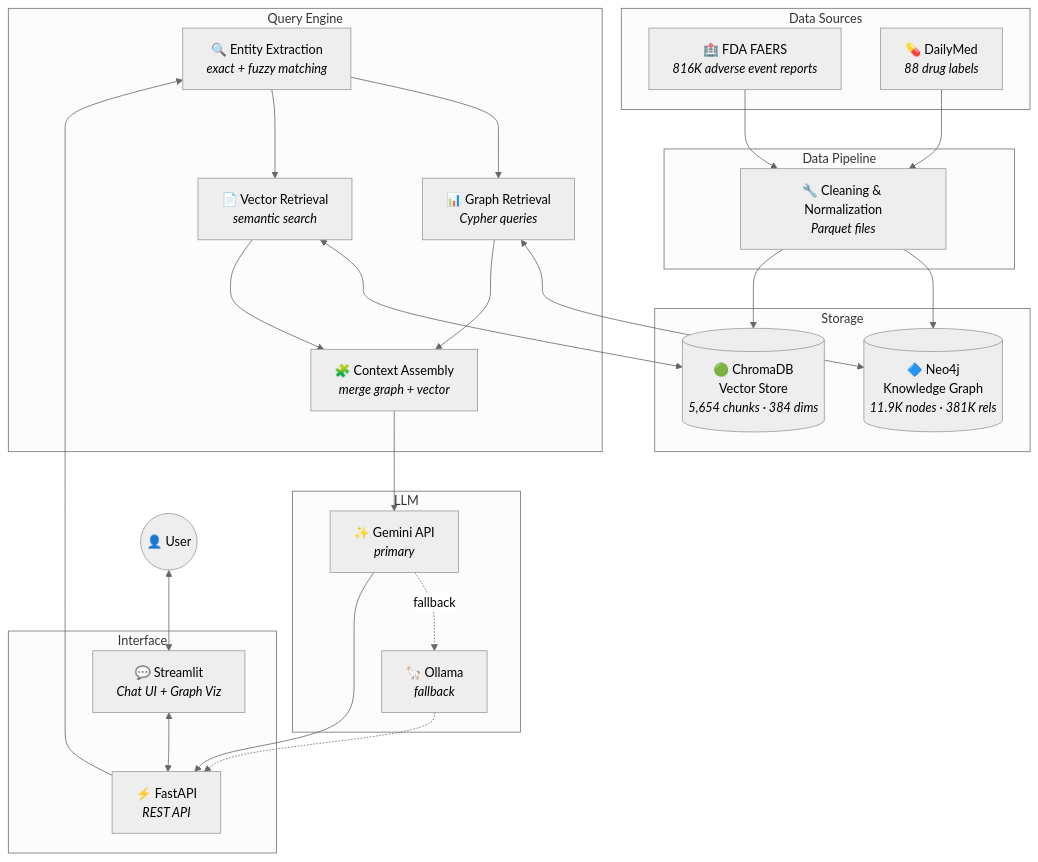
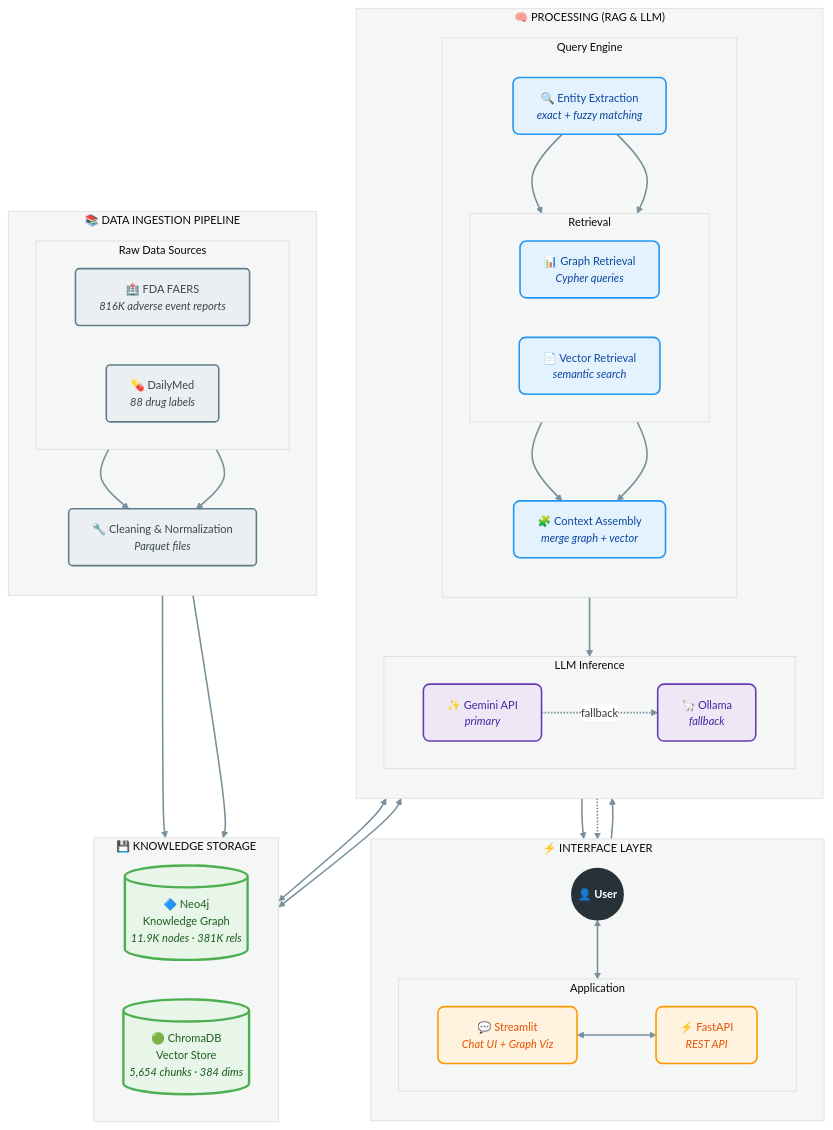
One commit to jmponcebe/PharmaGraphRAG changed the diagram in README.md. Above: the diagram before and after it, drawn with Mermaid.

Commit message:
feat: enhance architecture diagram with professional color palette and improved styling

````diff
--- a/README.md
+++ b/README.md
@@ -99,53 +99,95 @@
 ```mermaid
-%%{init: {'theme': 'neutral'}}%%
+%%{init: {'theme': 'base', 'themeVariables': { 'primaryColor': '#ffffff', 'edgeLabelBackground':'#ffffff', 'tertiaryColor': '#f4f7f6', 'fontFamily': 'Helvetica, Arial, sans-serif', 'fontSize': '14px'}}}%%
 graph TB
-    subgraph Data Sources
-        FAERS["🏥 FDA FAERS<br/><i>816K adverse event reports</i>"]
-        DM["💊 DailyMed<br/><i>88 drug labels</i>"]
+    %% --- PROFESSIONAL COLOR PALETTE & STYLES ---
+    classDef interface fill:#fff3e0,stroke:#ff9800,stroke-width:2px,color:#e65100,rx:8,ry:8;
+    classDef llm fill:#ede7f6,stroke:#673ab7,stroke-width:2px,color:#4527a0,rx:8,ry:8;
+    classDef engine fill:#e3f2fd,stroke:#2196f3,stroke-width:2px,color:#0d47a1,rx:8,ry:8;
+    classDef storage fill:#e8f5e9,stroke:#4caf50,stroke-width:3px,color:#1b5e20,rx:5,ry:5;
+    classDef ingestion fill:#eceff1,stroke:#607d8b,stroke-width:2px,color:#37474f,rx:5,ry:5;
+    classDef userNode fill:#263238,stroke:#263238,stroke-width:2px,color:#ffffff,rx:50,ry:50,font-weight:bold;
+
+    %% ======== LAYER 1: USER INTERFACE (TOP) ========
+    subgraph TopLayer ["⚡ INTERFACE LAYER"]
+        direction TB
+        USER(("👤 User")):::userNode
+        
+        subgraph App ["Application"]
+             direction LR
+             UI["💬 Streamlit<br/><i>Chat UI + Graph Viz</i>"]:::interface
+             API["⚡ FastAPI<br/><i>REST API</i>"]:::interface
+        end
     end
 
-    subgraph Data Pipeline
-        CLEAN["🔧 Cleaning &amp; Normalization<br/><i>Parquet files</i>"]
+    %% ======== LAYER 2: PROCESSING CORE (MIDDLE) ========
+    subgraph MiddleLayer ["🧠 PROCESSING (RAG & LLM)"]
+        direction TB
+        
+        %% Query Engine Components
+        subgraph QE ["Query Engine"]
+            direction TB
+            NER["🔍 Entity Extraction<br/><i>exact + fuzzy matching</i>"]:::engine
+            
+            subgraph Ret ["Retrieval"]
+                 direction LR
+                 GR["📊 Graph Retrieval<br/><i>Cypher queries</i>"]:::engine
+                 VR["📄 Vector Retrieval<br/><i>semantic search</i>"]:::engine
+            end
+            
+            CTX["🧩 Context Assembly<br/><i>merge graph + vector</i>"]:::engine
+        end
+
+        %% LLM Components placed next to context assembly
+        subgraph Brain ["LLM Inference"]
+            direction LR
+            GEMINI["✨ Gemini API<br/><i>primary</i>"]:::llm
+            OLLAMA["🦙 Ollama<br/><i>fallback</i>"]:::llm
+        end
     end
 
-    subgraph Storage
-        NEO4J[("🔷 Neo4j<br/>Knowledge Graph<br/><i>11.9K nodes · 381K rels</i>")]
-        CHROMA[("🟢 ChromaDB<br/>Vector Store<br/><i>5,654 chunks · 384 dims</i>")]
+    %% ======== LAYER 3: KNOWLEDGE BASE (FOUNDATION) ========
+    subgraph StorageLayer ["💾 KNOWLEDGE STORAGE"]
+        direction LR
+        NEO4J[("🔷 Neo4j<br/>Knowledge Graph<br/><i>11.9K nodes · 381K rels</i>")]:::storage
+        CHROMA[("🟢 ChromaDB<br/>Vector Store<br/><i>5,654 chunks · 384 dims</i>")]:::storage
     end
 
-    subgraph "Query Engine"
-        NER["🔍 Entity Extraction<br/><i>exact + fuzzy matching</i>"]
-        GR["📊 Graph Retrieval<br/><i>Cypher queries</i>"]
-        VR["📄 Vector Retrieval<br/><i>semantic search</i>"]
-        CTX["🧩 Context Assembly<br/><i>merge graph + vector</i>"]
+    %% ======== LAYER 4: DATA INGESTION (BOTTOM) ========
+    subgraph BottomLayer ["📚 DATA INGESTION PIPELINE"]
+        direction TB
+        CLEAN["🔧 Cleaning & Normalization<br/><i>Parquet files</i>"]:::ingestion
+        
+        subgraph Sources ["Raw Data Sources"]
+            direction LR
+            FAERS["🏥 FDA FAERS<br/><i>816K adverse event reports</i>"]:::ingestion
+            DM["💊 DailyMed<br/><i>88 drug labels</i>"]:::ingestion
+        end
     end
 
-    subgraph LLM
-        GEMINI["✨ Gemini API<br/><i>primary</i>"]
-        OLLAMA["🦙 Ollama<br/><i>fallback</i>"]
-    end
-
-    subgraph Interface
-        API["⚡ FastAPI<br/><i>REST API</i>"]
-        UI["💬 Streamlit<br/><i>Chat UI + Graph Viz</i>"]
-    end
-
-    FAERS --> CLEAN
-    DM --> CLEAN
-    CLEAN --> NEO4J
-    CLEAN --> CHROMA
-
-    USER(("👤 User")) <--> UI
+    %% ======== CONNECTIONS ========
+    %% Flow: User -> App -> Engine
+    USER <--> UI
     UI <--> API
     API --> NER
-    NER --> GR
-    NER --> VR
+    
+    %% Flow: Engine Internals
+    NER --> GR & VR
+    GR & VR --> CTX
+    
+    %% Flow: Engine <-> Storage (The Bridge)
     GR <--> NEO4J
     VR <--> CHROMA
-    GR --> CTX
-    VR --> CTX
+
+    %% Flow: Engine -> LLM -> App
     CTX --> GEMINI
     GEMINI -.->|fallback| OLLAMA
     GEMINI --> API
     OLLAMA -.-> API
+
+    %% Flow: Ingestion (Bottom Up)
+    FAERS & DM --> CLEAN
+    CLEAN --> NEO4J & CHROMA
+
+    %% Styling links for a cleaner look
+    linkStyle default stroke:#78909c,stroke-width:2px,fill:none;
 ```
````
